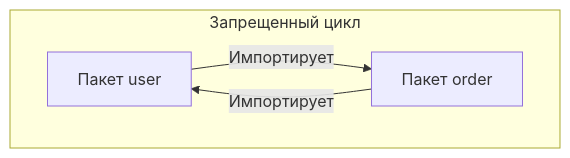
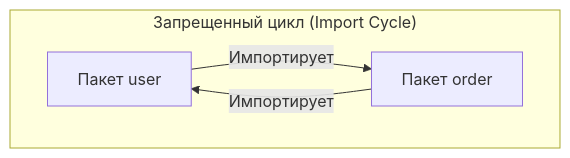
One commit to UnrealTemplier/go-textbook changed the first of 3 diagrams in sources/5. Учебник по Go (Основы и синтаксис)/26. Пакеты и организация кода.md. Above: the diagram before and after it, drawn with Mermaid. The commit also changed other lines of this file, not shown here.

````diff
--- a/sources/5. Учебник по Go (Основы и синтаксис)/26. Пакеты и организация кода.md
+++ b/sources/5. Учебник по Go (Основы и синтаксис)/26. Пакеты и организация кода.md
@@ -78,7 +92,7 @@
 ```mermaid
 flowchart TD
-    subgraph Cycle ["Запрещенный цикл"]
+    subgraph Cycle ["Запрещенный цикл (Import Cycle)"]
         A["Пакет user"] -->|"Импортирует"| B["Пакет order"]
         B -->|"Импортирует"| A
     end
 ```
````
